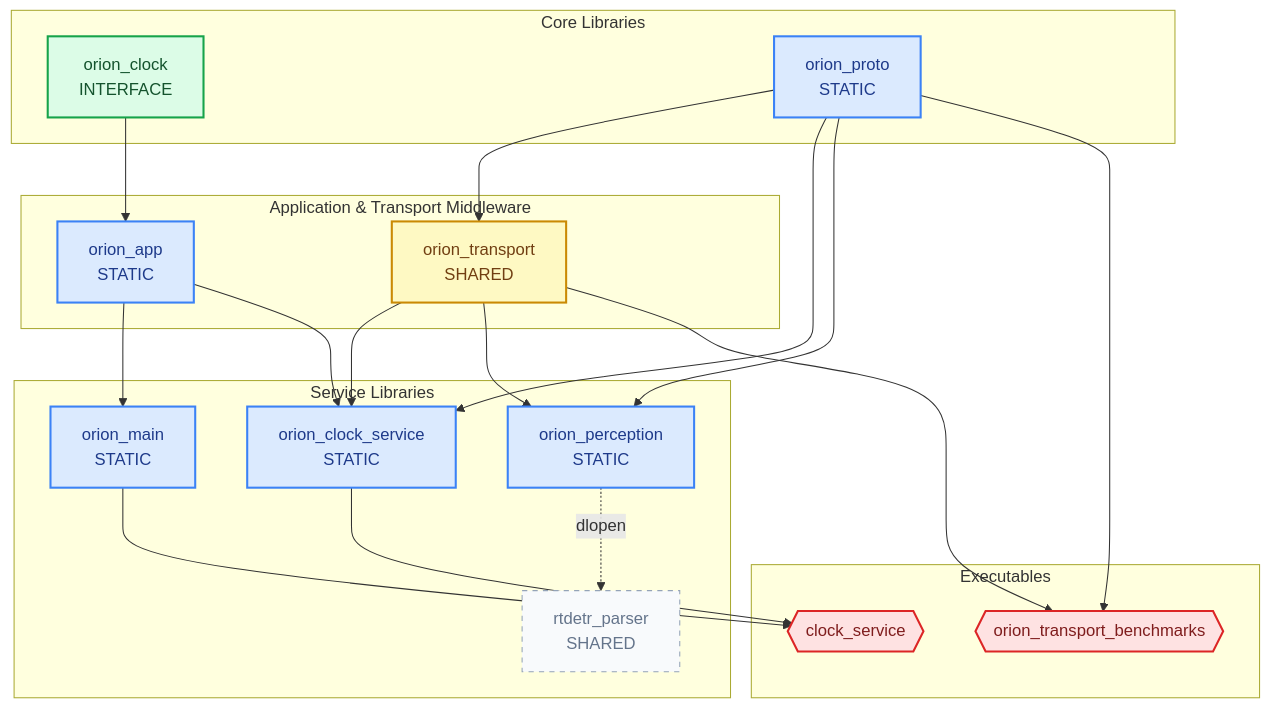
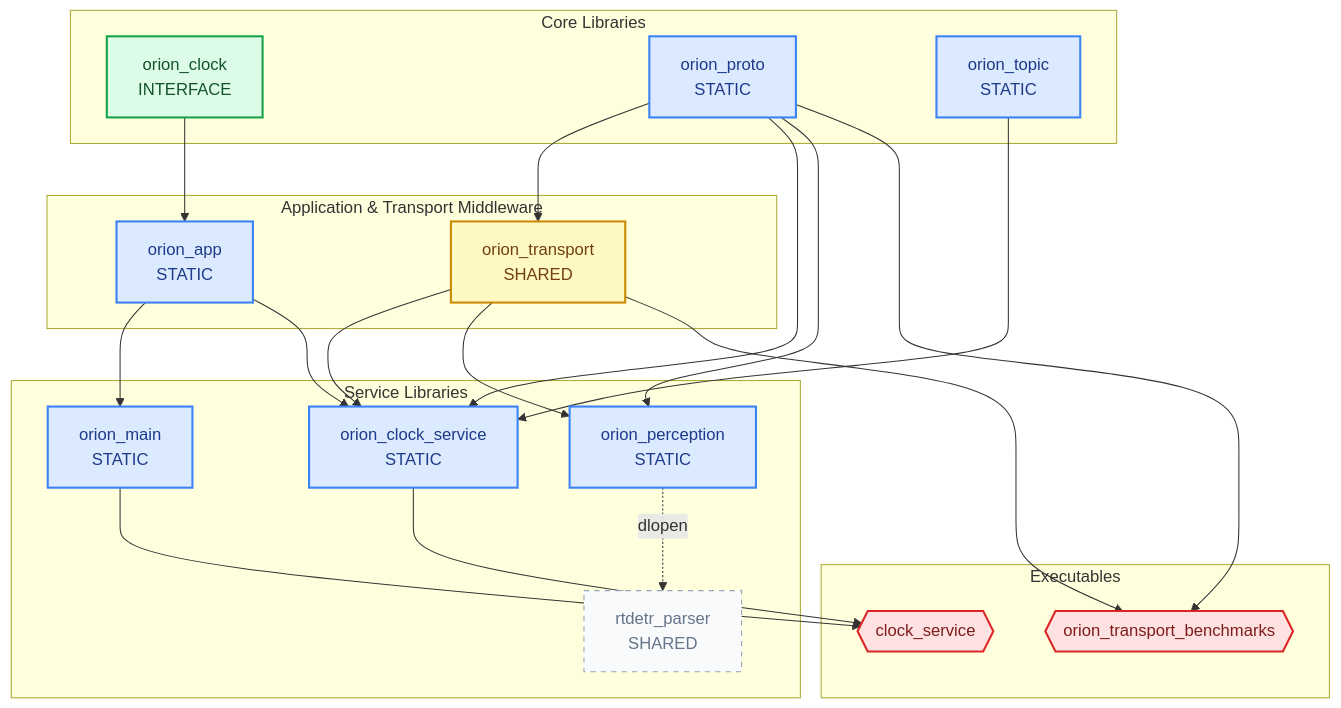
The first of 2 diagrams in docs/architecture.md (Unmanned-Constellation/orion), drawn with Mermaid before and after one commit. The commit also changed other lines of this file and 21 other files, not shown here.

First line of the commit message:
feat: propagate service_name through context, inject ClockService time source, add PerceptionService observability

````diff
--- a/docs/architecture.md
+++ b/docs/architecture.md
@@ -7,40 +7,41 @@
 ```{mermaid}
 flowchart TD
     classDef iface fill:#dcfce7,stroke:#16a34a,stroke-width:2px,color:#14532d
     classDef stat  fill:#dbeafe,stroke:#3b82f6,stroke-width:2px,color:#1e3a8a
     classDef share fill:#fef9c3,stroke:#ca8a04,stroke-width:2px,color:#713f12
     classDef exe   fill:#fee2e2,stroke:#dc2626,stroke-width:2px,color:#7f1d1d
     classDef plan  fill:#f8fafc,stroke:#94a3b8,stroke-width:1px,stroke-dasharray:5 5,color:#64748b
 
     subgraph Core [Core Libraries]
         orion_clock["orion_clock<br/>INTERFACE"]:::iface
         orion_proto["orion_proto<br/>STATIC"]:::stat
+        orion_topic["orion_topic<br/>STATIC"]:::stat
     end
 
     subgraph Middleware [Application & Transport Middleware]
         orion_app["orion_app<br/>STATIC"]:::stat
         orion_transport["orion_transport<br/>SHARED"]:::share
     end
 
     subgraph Services [Service Libraries]
         orion_main["orion_main<br/>STATIC"]:::stat
         orion_clock_service["orion_clock_service<br/>STATIC"]:::stat
         orion_perception["orion_perception<br/>STATIC"]:::stat
         rtdetr_parser["rtdetr_parser<br/>SHARED"]:::plan
     end
 
     subgraph Executables [Executables]
         clock_service{{"clock_service"}}:::exe
         orion_transport_benchmarks{{"orion_transport_benchmarks"}}:::exe
     end
 
     orion_clock --> orion_app
     orion_proto --> orion_transport
     orion_app   --> orion_main
-    orion_app & orion_proto & orion_transport --> orion_clock_service
-    orion_proto & orion_transport             --> orion_perception
+    orion_app & orion_proto & orion_transport & orion_topic --> orion_clock_service
+    orion_proto & orion_transport                           --> orion_perception
     orion_perception -.->|dlopen| rtdetr_parser
 
     orion_clock_service & orion_main --> clock_service
     orion_transport & orion_proto    --> orion_transport_benchmarks
 ```
````
